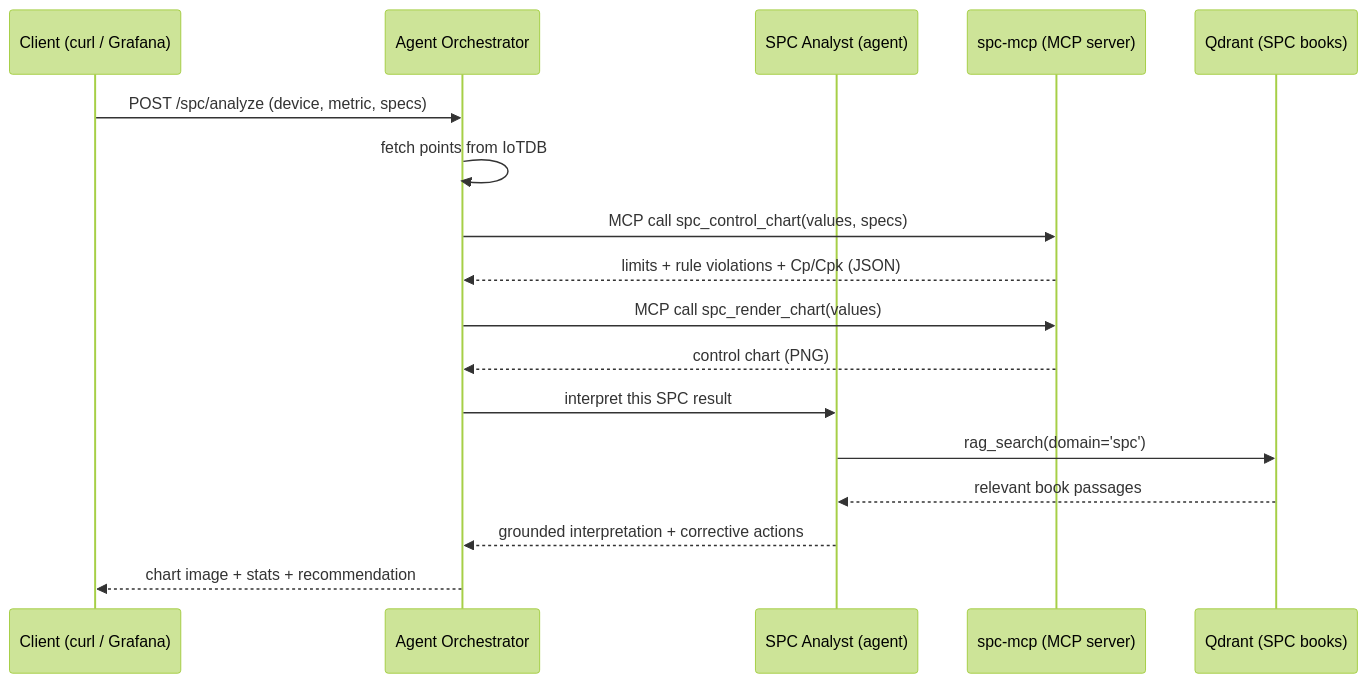
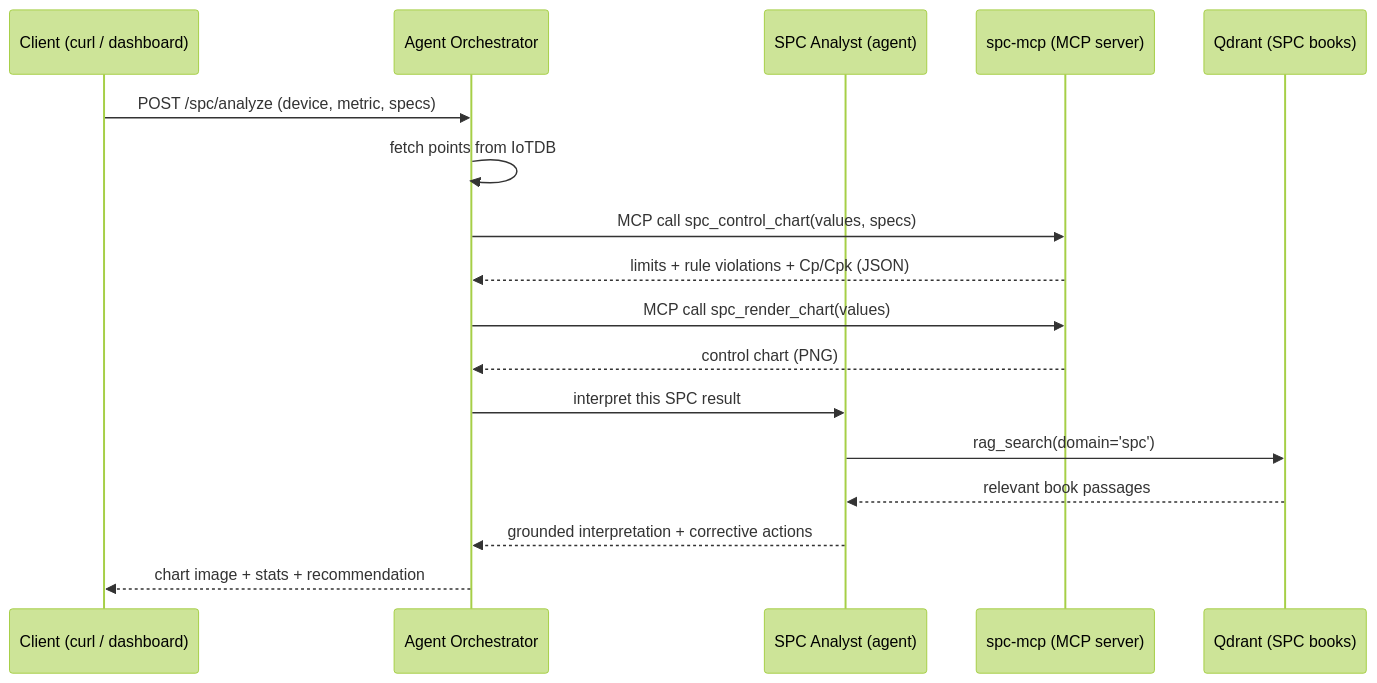
Before and after one commit to igoralves1/x-8G2T: the second of 2 diagrams in README.md, drawn with Mermaid (forest theme). The commit also changed other lines of this file and 5 other files, not shown here.

````diff
--- a/README.md
+++ b/README.md
@@ -524,19 +516,19 @@
 ```mermaid
 sequenceDiagram
-    participant U as Client (curl / Grafana)
+    participant U as Client (curl / dashboard)
     participant O as Agent Orchestrator
     participant A as SPC Analyst (agent)
     participant M as spc-mcp (MCP server)
     participant Q as Qdrant (SPC books)
     U->>O: POST /spc/analyze (device, metric, specs)
     O->>O: fetch points from IoTDB
     O->>M: MCP call spc_control_chart(values, specs)
     M-->>O: limits + rule violations + Cp/Cpk (JSON)
     O->>M: MCP call spc_render_chart(values)
     M-->>O: control chart (PNG)
     O->>A: interpret this SPC result
     A->>Q: rag_search(domain='spc')
     Q-->>A: relevant book passages
     A-->>O: grounded interpretation + corrective actions
     O-->>U: chart image + stats + recommendation
 ```
````
